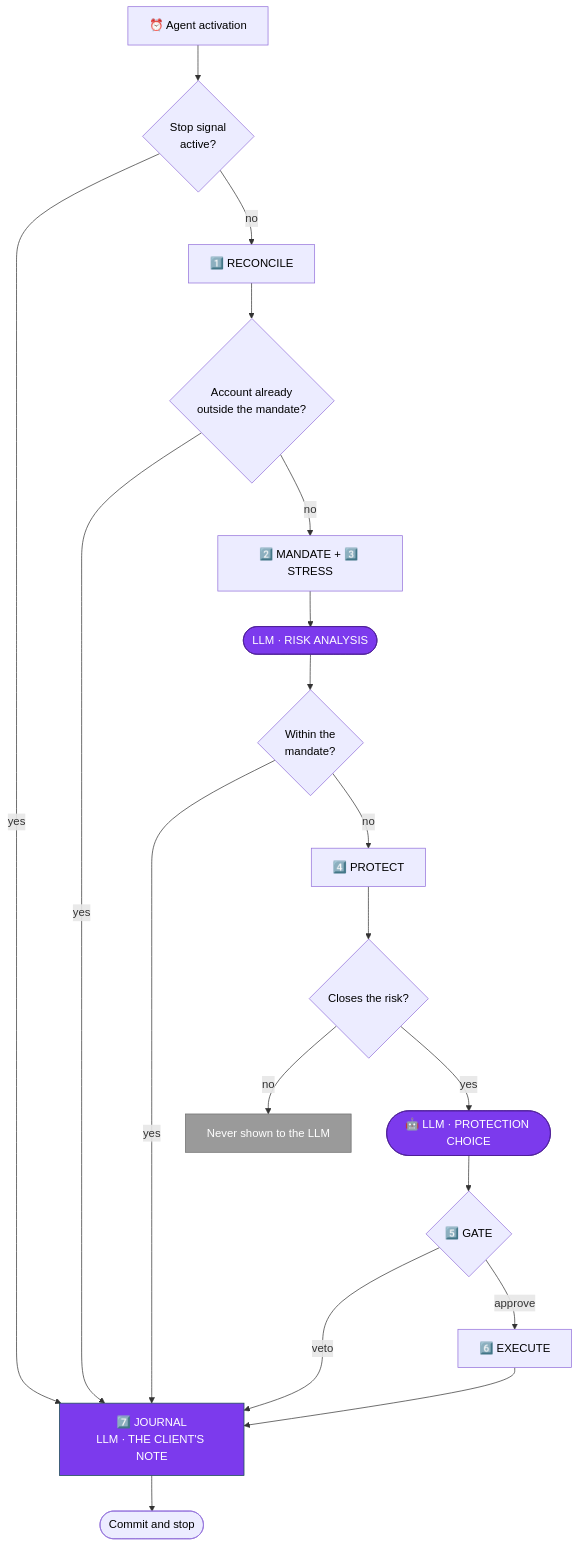
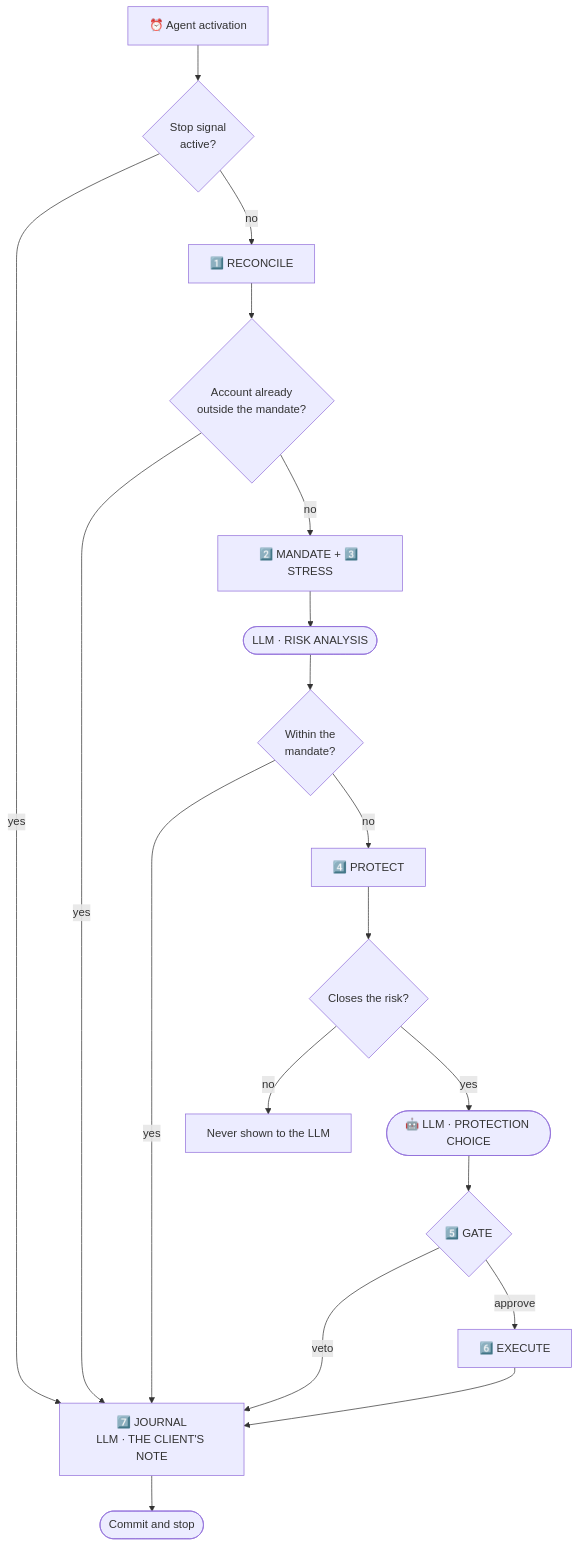
One commit to ol1ak5/Drawdown-Guard changed the diagram in README.md. Above: the diagram before and after it, drawn with Mermaid.

Commit message:
README: let the Agent Loop diagram use GitHub's default mermaid colors
Same nodes, same text, same shapes -- just dropped the custom fill/stroke/color overrides.

````diff
--- a/README.md
+++ b/README.md
@@ -74,47 +74,30 @@
 ```mermaid
 flowchart TD
     CRON["⏰ Agent activation"] --> HALT{Stop signal<br/>active?}
     HALT -- yes --> JOURNAL
     HALT -- no --> RECONCILE
 
     RECONCILE["1️⃣ RECONCILE"] --> KILL{Account already<br/>outside the mandate?}
     KILL -- yes --> JOURNAL
     KILL -- no --> MANDATE
 
     MANDATE["2️⃣ MANDATE + 3️⃣ STRESS"] --> LLM1
     LLM1(["LLM · RISK ANALYSIS"]) --> GAP{Within the<br/>mandate?}
 
     GAP -- yes --> JOURNAL
     GAP -- no --> PROTECT
 
     PROTECT["4️⃣ PROTECT"] --> ELIGIBLE{Closes the risk?}
     ELIGIBLE -- no --> DROP[Never shown to the LLM]
     ELIGIBLE -- yes --> LLM2
 
     LLM2(["🤖 LLM · PROTECTION CHOICE"]) --> GATE
 
     GATE{"5️⃣ GATE"}
     GATE -- veto --> JOURNAL
     GATE -- approve --> EXECUTE
 
     EXECUTE["6️⃣ EXECUTE"] --> JOURNAL
 
     JOURNAL["7️⃣ JOURNAL<br/>LLM · THE CLIENT'S NOTE"] --> END([Commit and stop])
-
-    style CRON fill:#ececff,stroke:#9370db,color:#000000
-    style HALT fill:#ececff,stroke:#9370db,color:#000000
-    style RECONCILE fill:#ececff,stroke:#9370db,color:#000000
-    style KILL fill:#ececff,stroke:#9370db,color:#000000
-    style MANDATE fill:#ececff,stroke:#9370db,color:#000000
-    style GAP fill:#ececff,stroke:#9370db,color:#000000
-    style PROTECT fill:#ececff,stroke:#9370db,color:#000000
-    style ELIGIBLE fill:#ececff,stroke:#9370db,color:#000000
-    style GATE fill:#ececff,stroke:#9370db,color:#000000
-    style EXECUTE fill:#ececff,stroke:#9370db,color:#000000
-    style END fill:#ececff,stroke:#9370db,color:#000000
-
-    style LLM1 fill:#7c3aed,stroke:#4c1d95,color:#fff
-    style LLM2 fill:#7c3aed,stroke:#4c1d95,color:#fff
-    style JOURNAL fill:#7c3aed,stroke:#134e4a,color:#fff
-    style DROP fill:#9a9a9a,stroke:#6e6e6e,color:#ffffff
 ```
````
